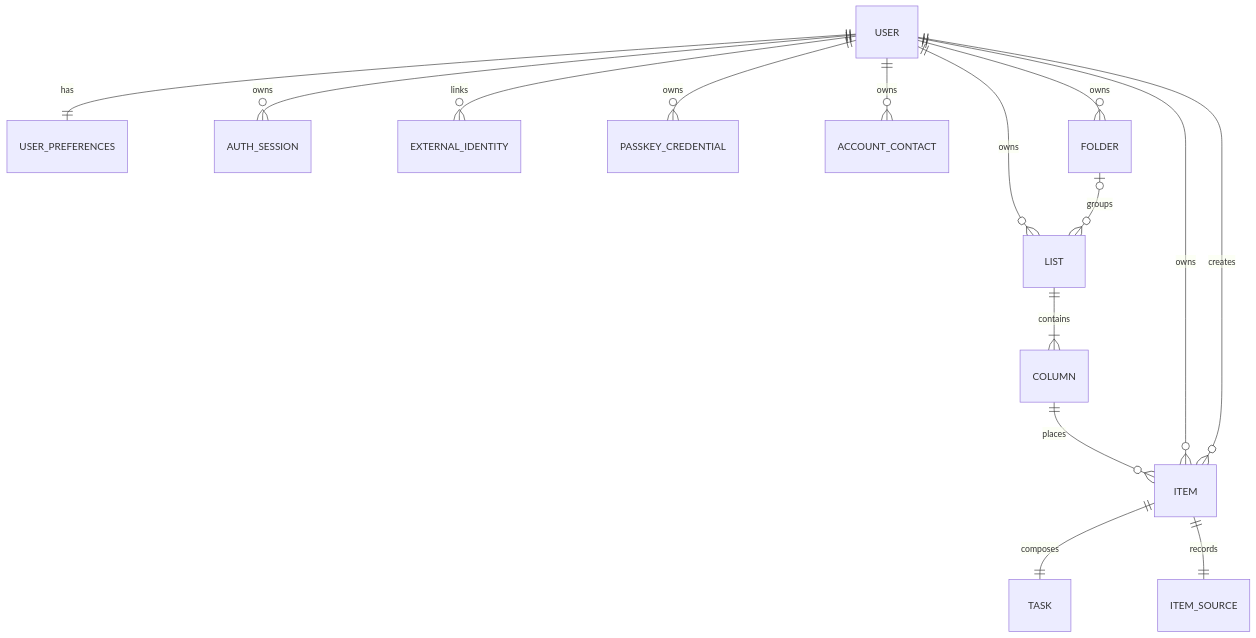
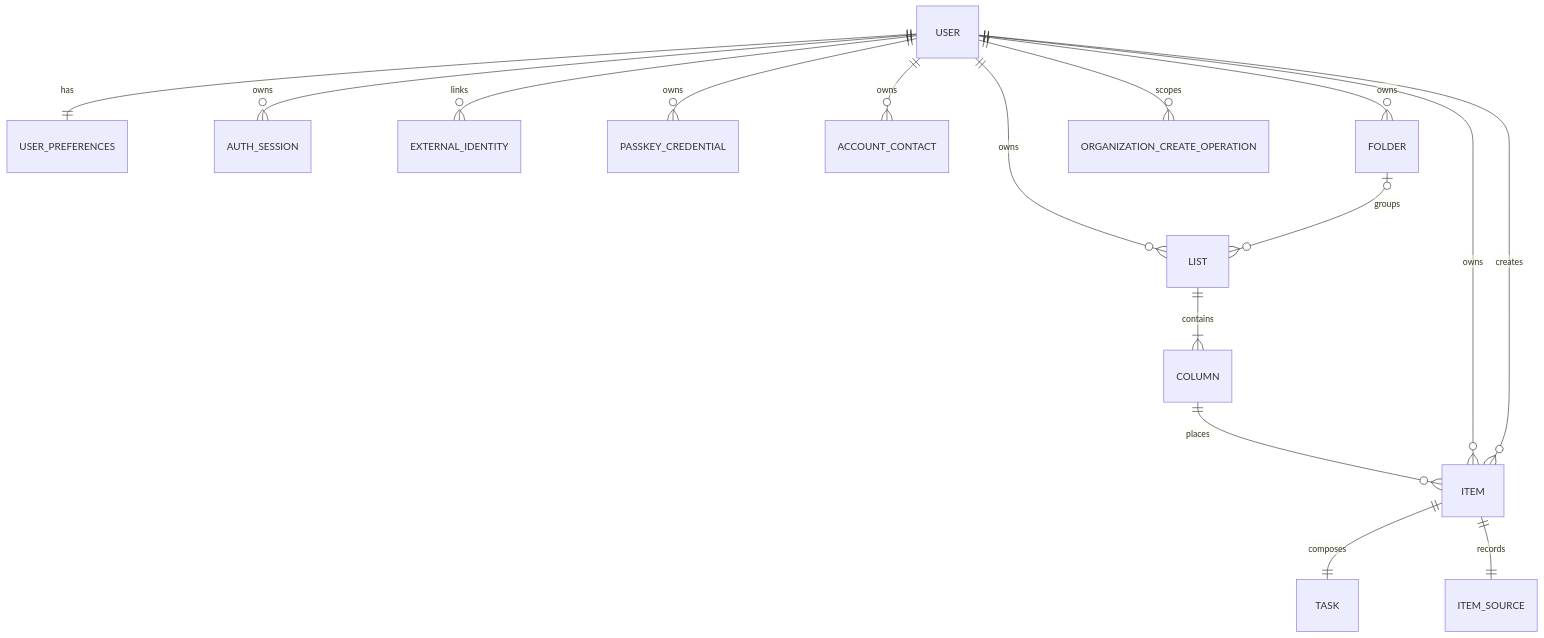
One commit to BehradHZ/Dotick changed the diagram in docs/design/data-model.md. Above: the diagram before and after it, drawn with Mermaid. The commit also changed other lines of this file and 4 other files, not shown here.

````diff
--- a/docs/design/data-model.md
+++ b/docs/design/data-model.md
@@ -200,17 +219,18 @@
 ```mermaid
 erDiagram
     USER ||--|| USER_PREFERENCES : has
     USER ||--o{ AUTH_SESSION : owns
     USER ||--o{ EXTERNAL_IDENTITY : links
     USER ||--o{ PASSKEY_CREDENTIAL : owns
     USER ||--o{ ACCOUNT_CONTACT : owns
     USER ||--o{ FOLDER : owns
     USER ||--o{ LIST : owns
+    USER ||--o{ ORGANIZATION_CREATE_OPERATION : scopes
     FOLDER o|--o{ LIST : groups
     LIST ||--|{ COLUMN : contains
     COLUMN ||--o{ ITEM : places
     USER ||--o{ ITEM : owns
     USER ||--o{ ITEM : creates
     ITEM ||--|| TASK : composes
     ITEM ||--|| ITEM_SOURCE : records
 ```
````
